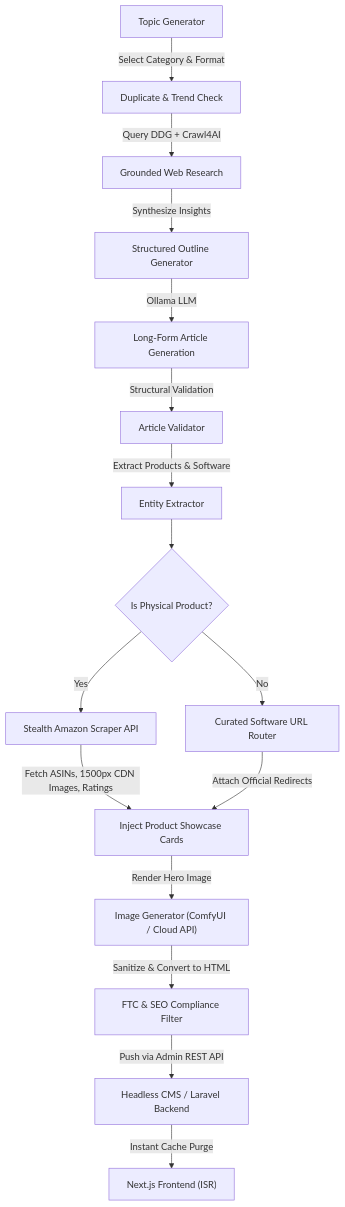
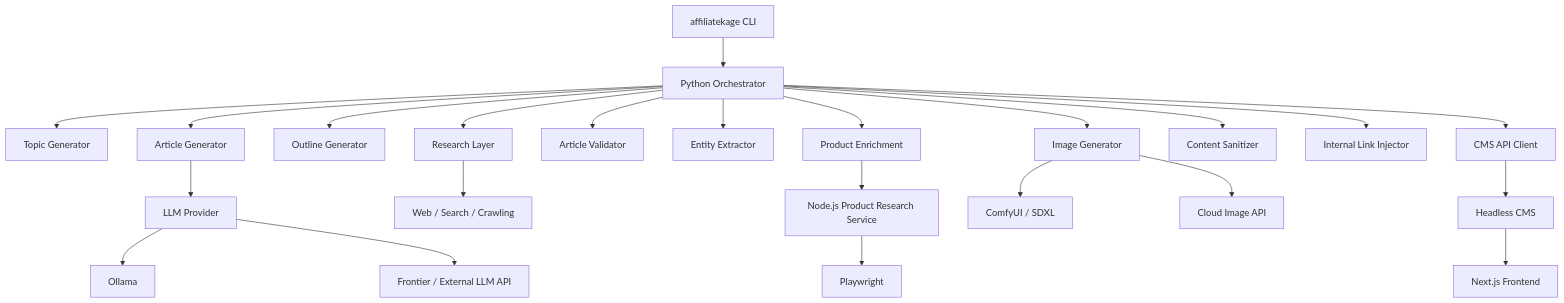
Before and after one commit to Joshualeexy/AffiliateKage: the first of 2 diagrams in README.md, drawn with Mermaid. The commit also changed other lines of this file and 4 other files, not shown here.

Commit message:
feat: add universal OpenAI-compatible LLM support for OpenRouter, Claude, GPT-4o, and DeepSeek

````diff
--- a/README.md
+++ b/README.md
@@ -36,18 +62,34 @@
 ```mermaid
 flowchart TD
-    A["Topic Generator"] -->|Select Category & Format| B["Duplicate & Trend Check"]
-    B -->|Query DDG + Crawl4AI| C["Grounded Web Research"]
-    C -->|Synthesize Insights| D["Structured Outline Generator"]
-    D -->|Ollama LLM| E["Long-Form Article Generation"]
-    E -->|Structural Validation| F["Article Validator"]
-    F -->|Extract Products & Software| G["Entity Extractor"]
-    G --> H{"Is Physical Product?"}
-    H -->|Yes| I["Stealth Amazon Scraper API"]
-    H -->|No| J["Curated Software URL Router"]
-    I -->|Fetch ASINs, 1500px CDN Images, Ratings| K["Inject Product Showcase Cards"]
-    J -->|Attach Official Redirects| K
-    K -->|Render Hero Image| L["Image Generator (ComfyUI / Cloud API)"]
-    L -->|Sanitize & Convert to HTML| M["FTC & SEO Compliance Filter"]
-    M -->|Push via Admin REST API| N["Headless CMS / Laravel Backend"]
-    N -->|Instant Cache Purge| O["Next.js Frontend (ISR)"]
+
+    CLI["affiliatekage CLI"]
+
+    CLI --> PY["Python Orchestrator"]
+
+    PY --> TG["Topic Generator"]
+    PY --> RS["Research Layer"]
+    PY --> OG["Outline Generator"]
+    PY --> AG["Article Generator"]
+    PY --> AV["Article Validator"]
+    PY --> EE["Entity Extractor"]
+    PY --> PE["Product Enrichment"]
+    PY --> IG["Image Generator"]
+    PY --> CS["Content Sanitizer"]
+    PY --> IL["Internal Link Injector"]
+    PY --> API["CMS API Client"]
+
+    AG --> LLM["LLM Provider"]
+    LLM --> OLLAMA["Ollama"]
+    LLM --> FRONTIER["Frontier / External LLM API"]
+
+    RS --> WEB["Web / Search / Crawling"]
+
+    PE --> SCRAPER["Node.js Product Research Service"]
+    SCRAPER --> PW["Playwright"]
+
+    IG --> COMFY["ComfyUI / SDXL"]
+    IG --> IMGAPI["Cloud Image API"]
+
+    API --> CMS["Headless CMS"]
+    CMS --> FRONTEND["Next.js Frontend"]
 ```
````
